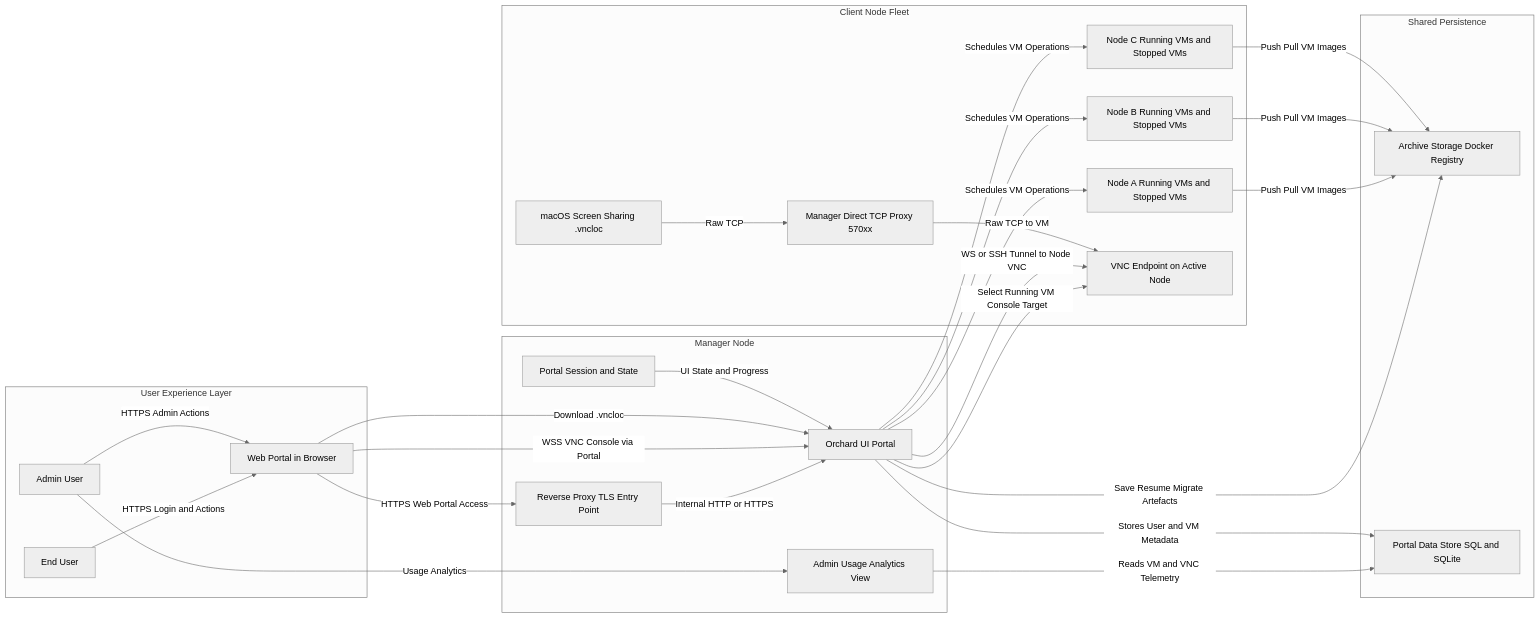
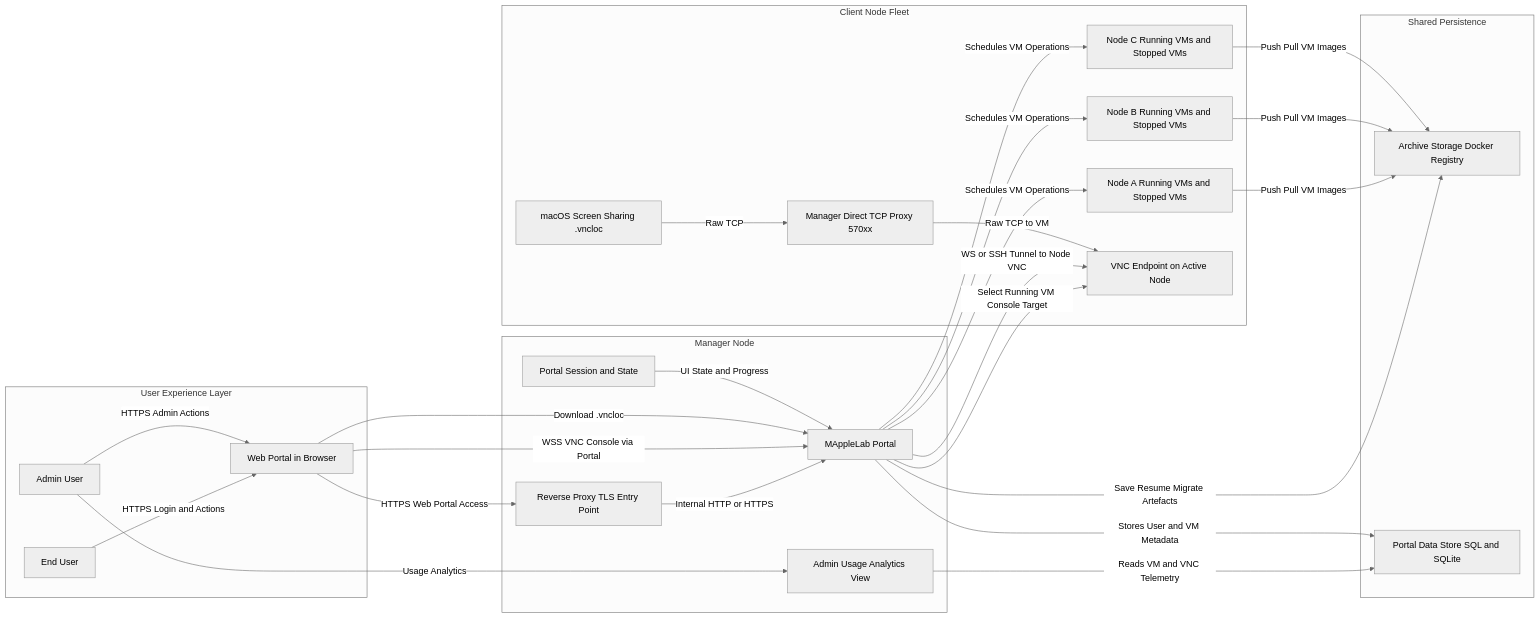
One commit to sabatico/MappleLab changed the diagram in docs/schemas/1_environment_architecture_user_experience.md. Above: the diagram before and after it, drawn with Mermaid (neutral theme). The commit also changed 42 other files, not shown here.

````diff
--- a/docs/schemas/1_environment_architecture_user_experience.md
+++ b/docs/schemas/1_environment_architecture_user_experience.md
@@ -5,53 +5,53 @@
 ```mermaid
 flowchart LR
     subgraph userSide [User Experience Layer]
         EndUser[End User]
         AdminUser[Admin User]
         BrowserPortal[Web Portal in Browser]
     end
 
     subgraph managerZone [Manager Node]
         ReverseProxy[Reverse Proxy TLS Entry Point]
-        PortalApp[Orchard UI Portal]
+        PortalApp[MAppleLab Portal]
         SessionStore[Portal Session and State]
         UsageView[Admin Usage Analytics View]
     end
 
     subgraph nodeFleet [Client Node Fleet]
         NodeA[Node A Running VMs and Stopped VMs]
         NodeB[Node B Running VMs and Stopped VMs]
         NodeC[Node C Running VMs and Stopped VMs]
         NodeVNC[VNC Endpoint on Active Node]
         NativeClient[macOS Screen Sharing .vncloc]
         DirectProxy[Manager Direct TCP Proxy 570xx]
     end
 
     subgraph persistenceZone [Shared Persistence]
         ArchiveStore[Archive Storage Docker Registry]
         PortalDB[Portal Data Store SQL and SQLite]
     end
 
     EndUser -->|HTTPS Login and Actions| BrowserPortal
     AdminUser -->|HTTPS Admin Actions| BrowserPortal
     BrowserPortal -->|HTTPS Web Portal Access| ReverseProxy
     ReverseProxy -->|Internal HTTP or HTTPS| PortalApp
     AdminUser -->|Usage Analytics| UsageView
     UsageView -->|Reads VM and VNC Telemetry| PortalDB
     PortalApp -->|Stores User and VM Metadata| PortalDB
     PortalApp -->|Schedules VM Operations| NodeA
     PortalApp -->|Schedules VM Operations| NodeB
     PortalApp -->|Schedules VM Operations| NodeC
     PortalApp -->|Save Resume Migrate Artefacts| ArchiveStore
 
     NodeA -->|Push Pull VM Images| ArchiveStore
     NodeB -->|Push Pull VM Images| ArchiveStore
     NodeC -->|Push Pull VM Images| ArchiveStore
 
     PortalApp -->|Select Running VM Console Target| NodeVNC
     BrowserPortal -->|WSS VNC Console via Portal| PortalApp
     PortalApp -->|WS or SSH Tunnel to Node VNC| NodeVNC
     BrowserPortal -->|Download .vncloc| PortalApp
     NativeClient -->|Raw TCP| DirectProxy
     DirectProxy -->|Raw TCP to VM| NodeVNC
     SessionStore -->|UI State and Progress| PortalApp
 ```
````
